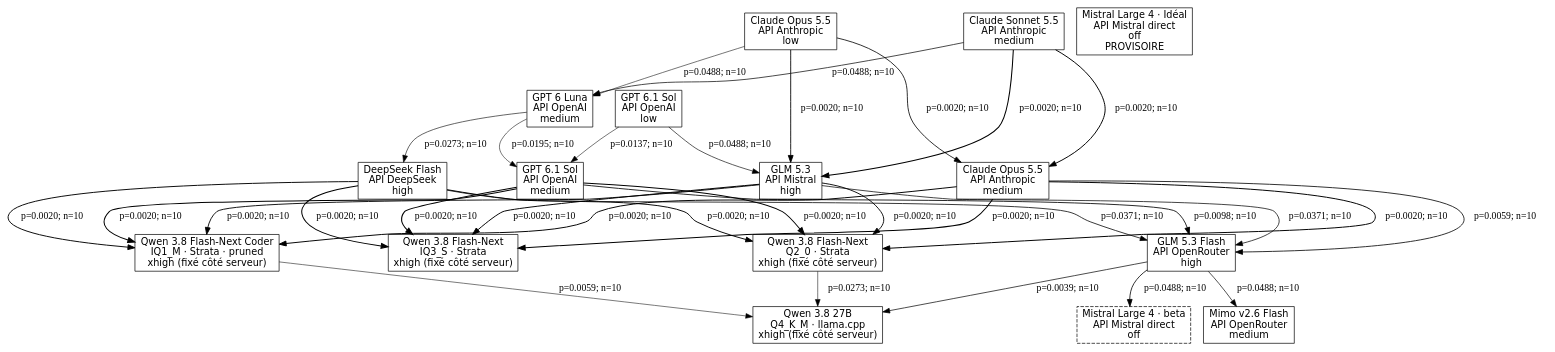
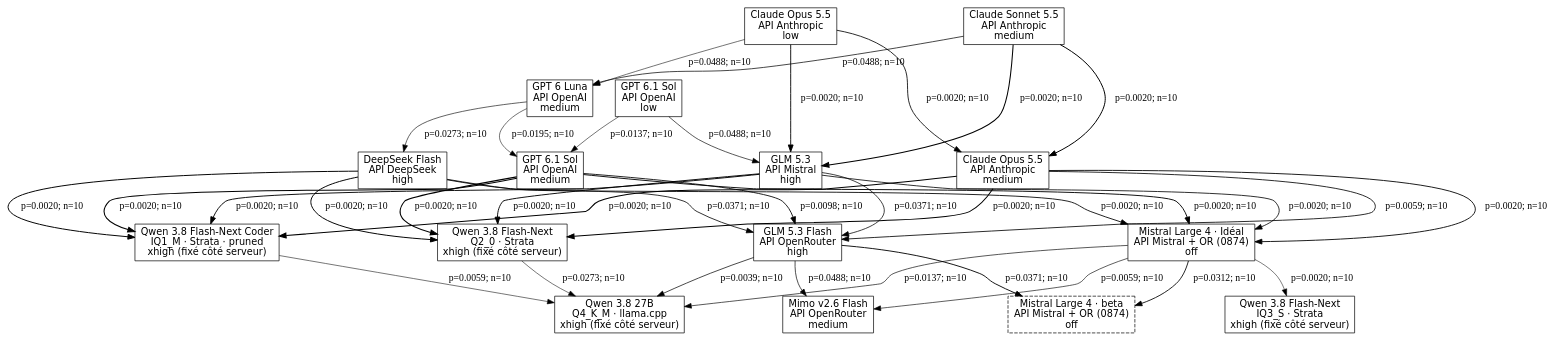
One commit to MinhHaDuong/ImperialDragonHarness changed the diagram in docs/tournament-graphs/seconds.dot. Above: the diagram before and after it, drawn with Graphviz. The commit also changed 16 other files, not shown here.

```diff
--- a/docs/tournament-graphs/seconds.dot
+++ b/docs/tournament-graphs/seconds.dot
@@ -1,51 +1,55 @@
 digraph G {
 rankdir=TB;
 node [shape=box, fontname="DejaVu Sans"];
 a [label="Qwen 3.8 27B\nQ4_K_M · llama.cpp\nxhigh (fixé côté serveur)"];
 b [label="Qwen 3.8 Flash-Next Coder\nIQ1_M · Strata · pruned\nxhigh (fixé côté serveur)"];
 b2 [label="Qwen 3.8 Flash-Next\nIQ3_S · Strata\nxhigh (fixé côté serveur)"];
 b3 [label="Qwen 3.8 Flash-Next\nQ2_0 · Strata\nxhigh (fixé côté serveur)"];
 d [label="Claude Opus 5.5\nAPI Anthropic\nmedium"];
 d2 [label="Claude Opus 5.5\nAPI Anthropic\nlow"];
 e2 [label="GPT 6.1 Sol\nAPI OpenAI\nlow"];
 e3 [label="GPT 6.1 Sol\nAPI OpenAI\nmedium"];
 f [label="GLM 5.3\nAPI Mistral\nhigh"];
 g [label="Claude Sonnet 5.5\nAPI Anthropic\nmedium"];
 i [label="DeepSeek Flash\nAPI DeepSeek\nhigh"];
 j [label="GLM 5.3 Flash\nAPI OpenRouter\nhigh"];
 k [label="Mimo v2.6 Flash\nAPI OpenRouter\nmedium"];
 l [label="GPT 6 Luna\nAPI OpenAI\nmedium"];
-mi [label="Mistral Large 4 · Idéal\nAPI Mistral direct\noff\nPROVISOIRE"];
-mr [label="Mistral Large 4 · beta\nAPI Mistral direct\noff", style="dashed"];
-b -> a [label="p=0.0059; n=10", penwidth=0.762];
-b3 -> a [label="p=0.0273; n=10", penwidth=0.757];
-d -> b [label="p=0.0020; n=10", penwidth=1.400];
-d -> b2 [label="p=0.0020; n=10", penwidth=1.500];
-d -> b3 [label="p=0.0020; n=10", penwidth=1.406];
-d -> j [label="p=0.0059; n=10", penwidth=1.155];
-d2 -> d [label="p=0.0020; n=10", penwidth=1.159];
-d2 -> f [label="p=0.0020; n=10", penwidth=1.259];
-d2 -> l [label="p=0.0488; n=10", penwidth=0.777];
-e2 -> e3 [label="p=0.0137; n=10", penwidth=0.765];
-e2 -> f [label="p=0.0488; n=10", penwidth=0.915];
-e3 -> b [label="p=0.0020; n=10", penwidth=1.452];
-e3 -> b2 [label="p=0.0020; n=10", penwidth=1.500];
-e3 -> b3 [label="p=0.0020; n=10", penwidth=1.457];
-e3 -> j [label="p=0.0098; n=10", penwidth=1.206];
-f -> b [label="p=0.0020; n=10", penwidth=1.301];
-f -> b2 [label="p=0.0020; n=10", penwidth=1.402];
-f -> b3 [label="p=0.0020; n=10", penwidth=1.306];
-f -> j [label="p=0.0371; n=10", penwidth=1.055];
-g -> d [label="p=0.0020; n=10", penwidth=1.399];
-g -> f [label="p=0.0020; n=10", penwidth=1.498];
-g -> l [label="p=0.0488; n=10", penwidth=1.016];
-i -> b [label="p=0.0020; n=10", penwidth=1.365];
-i -> b2 [label="p=0.0020; n=10", penwidth=1.466];
-i -> b3 [label="p=0.0020; n=10", penwidth=1.370];
-i -> j [label="p=0.0371; n=10", penwidth=1.119];
-j -> a [label="p=0.0039; n=10", penwidth=1.008];
-j -> k [label="p=0.0488; n=10", penwidth=0.968];
-j -> mr [label="p=0.0488; n=10", penwidth=1.145];
-l -> e3 [label="p=0.0195; n=10", penwidth=0.781];
-l -> i [label="p=0.0273; n=10", penwidth=0.868];
+mi [label="Mistral Large 4 · Idéal\nAPI Mistral + OR (0874)\noff"];
+mr [label="Mistral Large 4 · beta\nAPI Mistral + OR (0874)\noff", style="dashed"];
+b -> a [label="p=0.0059; n=10", penwidth=0.777];
+b3 -> a [label="p=0.0273; n=10", penwidth=0.771];
+d -> b [label="p=0.0020; n=10", penwidth=1.445];
+d -> b3 [label="p=0.0020; n=10", penwidth=1.450];
+d -> j [label="p=0.0059; n=10", penwidth=1.188];
+d -> mi [label="p=0.0020; n=10", penwidth=1.273];
+d2 -> d [label="p=0.0020; n=10", penwidth=1.192];
+d2 -> f [label="p=0.0020; n=10", penwidth=1.296];
+d2 -> l [label="p=0.0488; n=10", penwidth=0.792];
+e2 -> e3 [label="p=0.0137; n=10", penwidth=0.779];
+e2 -> f [label="p=0.0488; n=10", penwidth=0.937];
+e3 -> b [label="p=0.0020; n=10", penwidth=1.498];
+e3 -> b3 [label="p=0.0020; n=10", penwidth=1.500];
+e3 -> j [label="p=0.0098; n=10", penwidth=1.241];
+e3 -> mi [label="p=0.0020; n=10", penwidth=1.327];
+f -> b [label="p=0.0020; n=10", penwidth=1.341];
+f -> b3 [label="p=0.0020; n=10", penwidth=1.346];
+f -> j [label="p=0.0371; n=10", penwidth=1.083];
+f -> mi [label="p=0.0020; n=10", penwidth=1.169];
+g -> d [label="p=0.0020; n=10", penwidth=1.443];
+g -> f [label="p=0.0020; n=10", penwidth=1.500];
+g -> l [label="p=0.0488; n=10", penwidth=1.042];
+i -> b [label="p=0.0020; n=10", penwidth=1.407];
+i -> b3 [label="p=0.0020; n=10", penwidth=1.413];
+i -> j [label="p=0.0371; n=10", penwidth=1.150];
+i -> mi [label="p=0.0020; n=10", penwidth=1.236];
+j -> a [label="p=0.0039; n=10", penwidth=1.034];
+j -> k [label="p=0.0488; n=10", penwidth=0.992];
+j -> mr [label="p=0.0371; n=10", penwidth=1.312];
+l -> e3 [label="p=0.0195; n=10", penwidth=0.797];
+l -> i [label="p=0.0273; n=10", penwidth=0.888];
+mi -> a [label="p=0.0137; n=10", penwidth=0.948];
+mi -> b2 [label="p=0.0020; n=10", penwidth=0.728];
+mi -> k [label="p=0.0059; n=10", penwidth=0.907];
+mi -> mr [label="p=0.0312; n=10", penwidth=1.226];
 }
```
